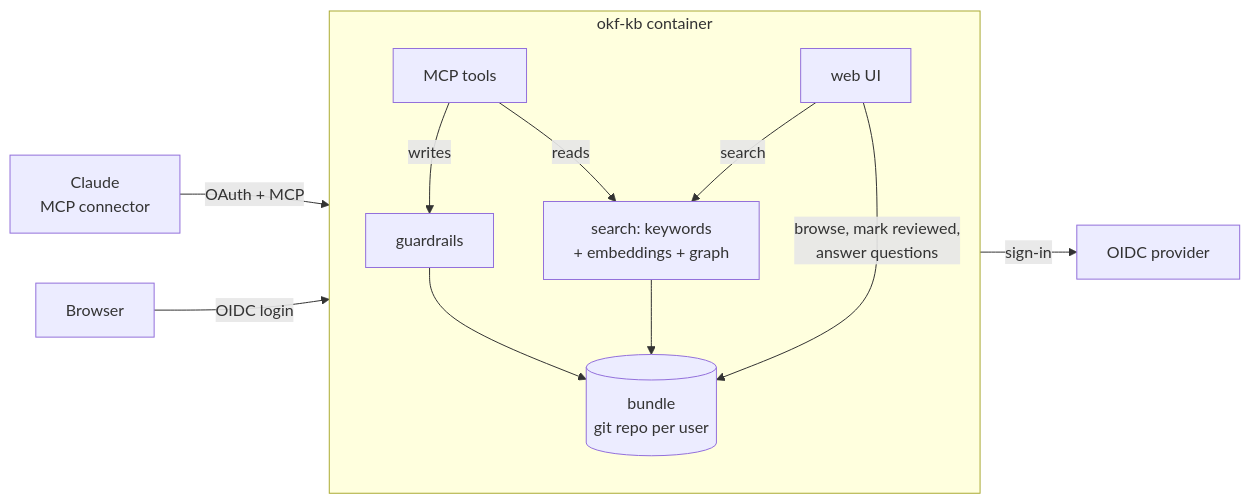
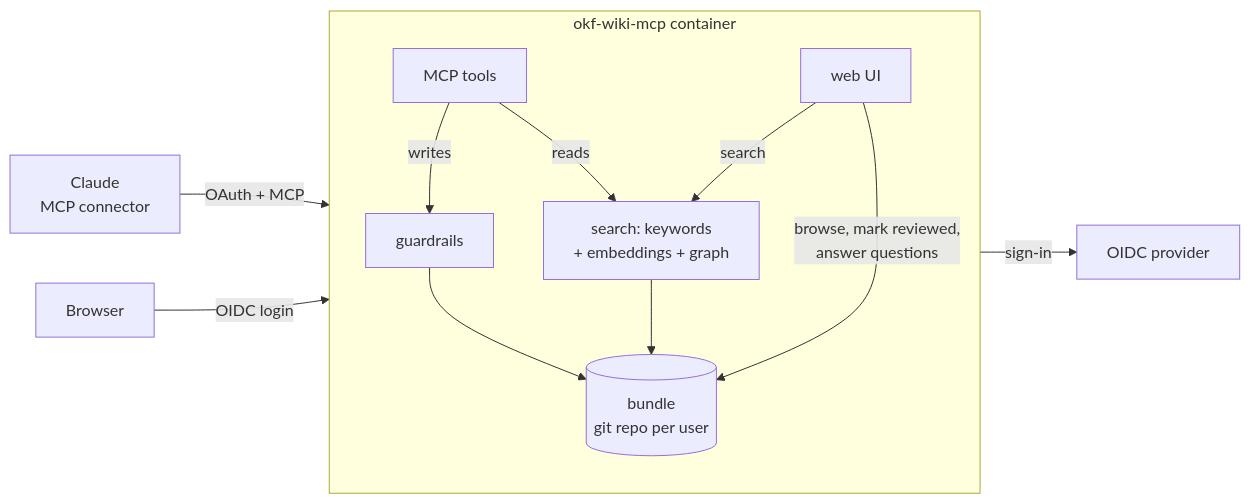
The diagram in README.md (abishekvupputur/okf-kb), drawn with Mermaid before and after one commit. The commit also changed other lines of this file and 4 other files, not shown here.

Commit message:
Rename to okf-wiki-mcp

````diff
--- a/README.md
+++ b/README.md
@@ -49,14 +49,14 @@
 ```mermaid
 flowchart LR
     C[Claude<br/>MCP connector] -- OAuth + MCP --> S
     B[Browser] -- OIDC login --> S
-    subgraph S[okf-kb container]
+    subgraph S[okf-wiki-mcp container]
         T[MCP tools] -- writes --> G[guardrails]
         G --> R[(bundle<br/>git repo per user)]
         T -- reads --> Q[search: keywords<br/>+ embeddings + graph]
         W[web UI] -- search --> Q
         W -- "browse, mark reviewed,<br/>answer questions" --> R
         Q --> R
     end
     S -- sign-in --> P[OIDC provider]
 ```
````
